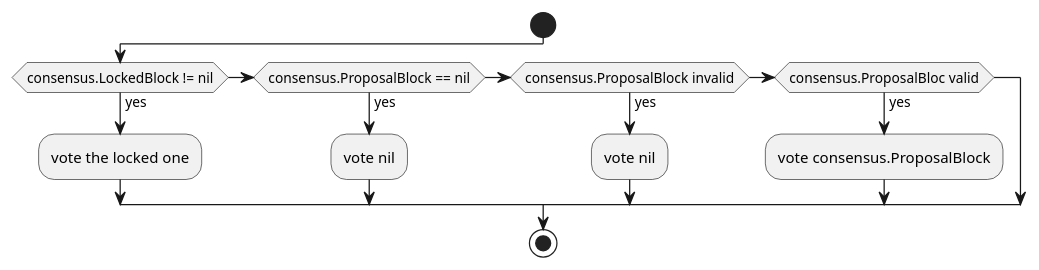
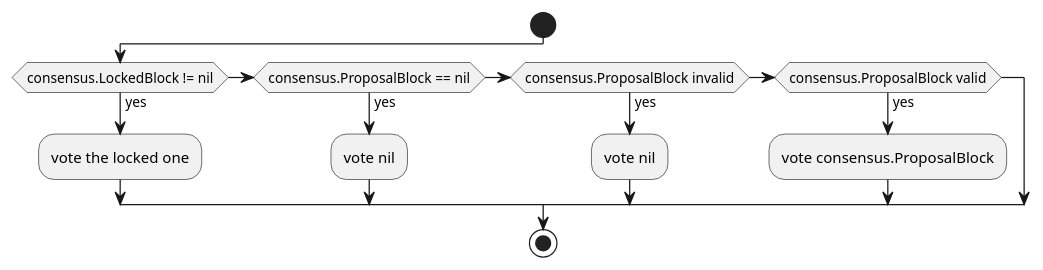
Before and after one commit to coloredSky/exchain: the diagram in libs/tendermint/consensus/pumls/defaultDoPrevote.puml, drawn with PlantUML. The commit also changed 1 other file, not shown here.

```diff
--- a/libs/tendermint/consensus/pumls/defaultDoPrevote.puml
+++ b/libs/tendermint/consensus/pumls/defaultDoPrevote.puml
@@ -1,17 +1,17 @@
 @startuml
 'https://plantuml.com/activity-diagram-beta
 
 start
 if (consensus.LockedBlock != nil) then (yes)
   :vote the locked one;
 else if (consensus.ProposalBlock == nil) then (yes)
   :vote nil;
 else if (consensus.ProposalBlock invalid) then (yes)
   :vote nil;
-else if (consensus.ProposalBloc valid) then (yes)
+else if (consensus.ProposalBlock valid) then (yes)
   :vote consensus.ProposalBlock;
 endif
 
 stop
 
 @enduml
```
